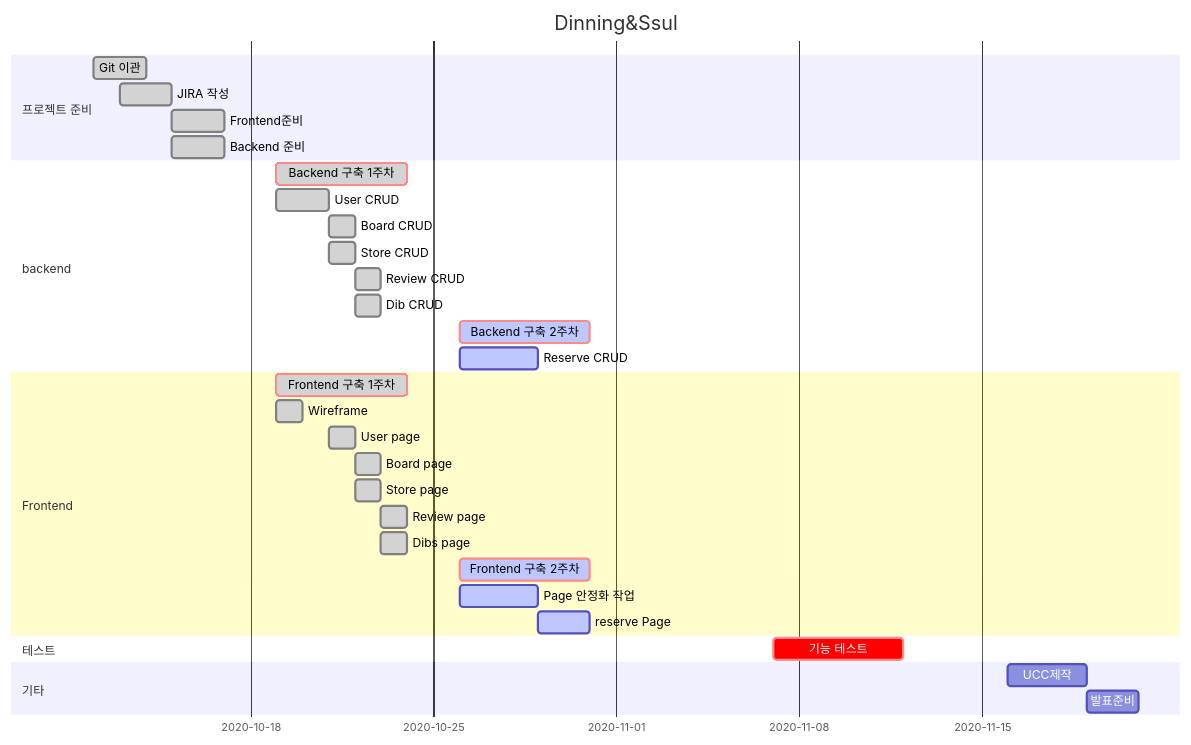
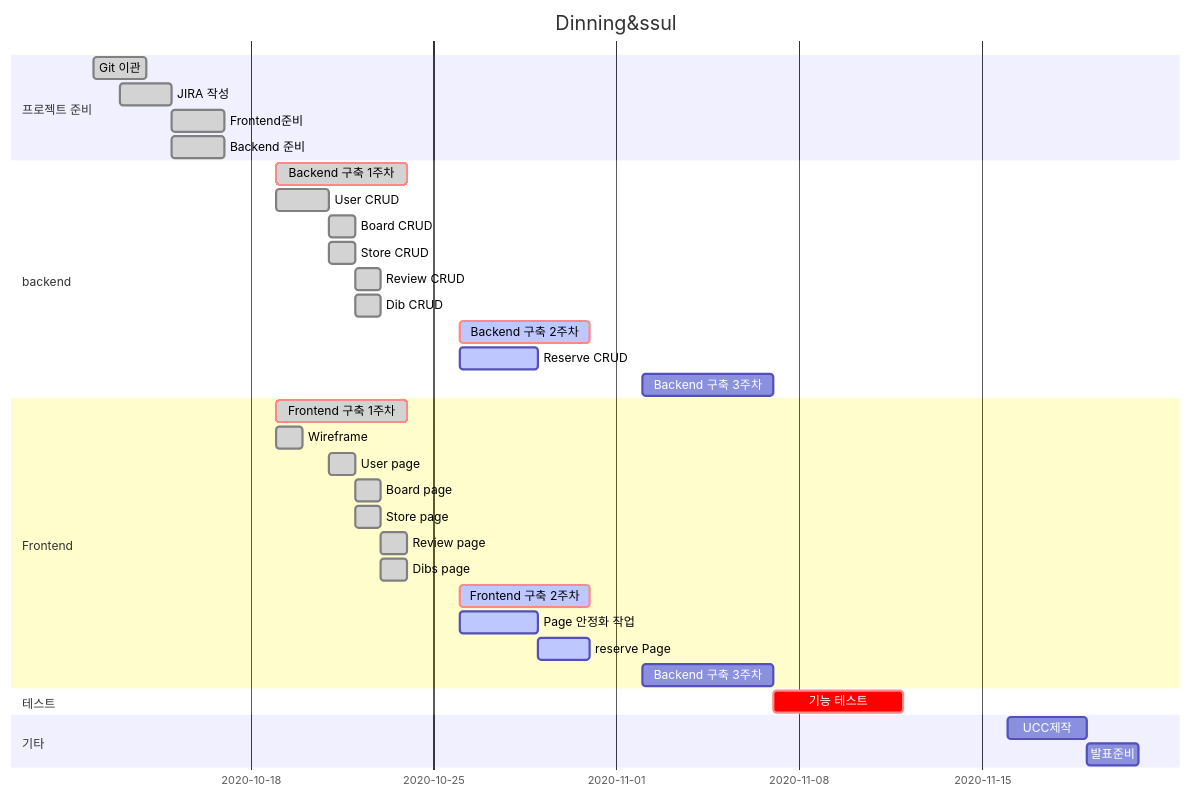
Before and after one commit to dmdekf/S03_PerfectMeet: the diagram in README.md, drawn with Mermaid.

````diff
--- a/README.md
+++ b/README.md
@@ -59,43 +59,45 @@
 ```mermaid
 gantt
     dateFormat  YYYY-MM-DD
-    title       Dinning&Ssul
+    title       Dinning&ssul
     %% (`excludes` accepts specific dates in YYYY-MM-DD format, days of the week ("sunday") or "weekends", but not the word "weekdays".)
 
     section 프로젝트 준비
     Git 이관 			:done, des1, 2020-10-12, 2d
     JIRA 작성			:done, des2, 2020-10-13, 2d
     Frontend준비     :done, after des2, 2d
 	Backend 준비		:done, after des2, 2d
 	
 	section backend
     Backend 구축 1주차 	: crit, done, b1, 2020-10-19, 5d
     User CRUD 		: done, user, 2020-10-19, 2d
     Board CRUD      : done, board, after user, 1d
     Store CRUD		: done, store, after user, 1d
     Review CRUD		: done, review, after store, 1d
     Dib CRUD 		: done, dib, after board,1d
    
-   	Backend 구축 2주차	: crit, active, f1, 2020-10-26, 5d
+   	Backend 구축 2주차	: crit, active, b2, 2020-10-26, 5d
    	Reserve CRUD	: active, reserve, 2020-10-26, 3d
    	
+   	Backend 구축 3주차	: b3, 2020-11-02, 5d
     section Frontend
     Frontend 구축 1주차	: crit, done, f1, 2020-10-19, 5d
     Wireframe 	     : done, wireframe, 2020-10-19, 1d
     User page 		: done, userPage, after user, 1d
     Board page      : done, boardPage, after board, 1d
     Store page		: done, storePage, after store, 1d
     Review page		: done, reviewPage, after review, 1d
     Dibs page 		: done, dibPage, after dib, 1d
     
-    Frontend 구축 2주차	: crit, active, f1, 2020-10-26, 5d
+    Frontend 구축 2주차	: crit, active, f2, 2020-10-26, 5d
     Page 안정화 작업	: active, PageStabilization, 2020-10-26, 3d
     reserve Page   : active, reservePage, after PageStabilization,2d
     
+    Backend 구축 3주차	: f3, 2020-11-02, 5d
     section 테스트
     기능 테스트      : crit, 2020-11-07, 5d
     
     section 기타
     UCC제작 : 2020-11-16,3d
     발표준비 : 2d
 ```
````
